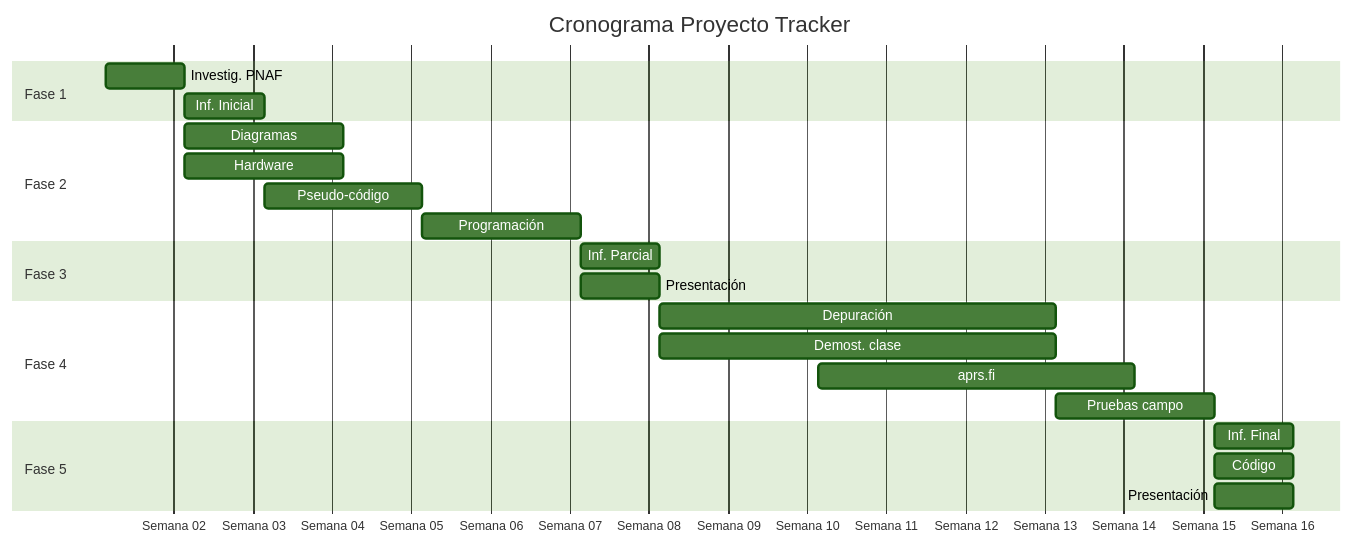
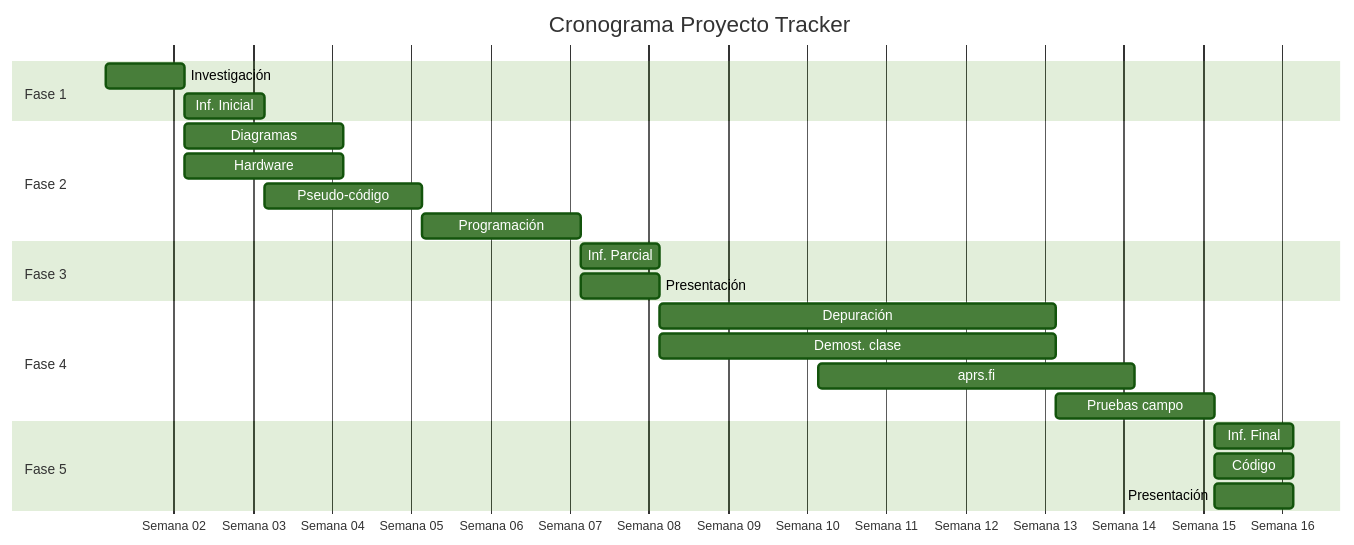
The diagram in docs/investigación/diagrama-gantt.md (SnowRainicorn/Taller-Integrador), drawn with Mermaid (forest theme) before and after one commit.

````diff
--- a/docs/investigación/diagrama-gantt.md
+++ b/docs/investigación/diagrama-gantt.md
@@ -1,31 +1,31 @@
 ```mermaid
 gantt
     title Cronograma Proyecto Tracker
     dateFormat  YYYY-MM-DD
     axisFormat  Semana %W
     
     section Fase 1
-    Investig. PNAF :2024-01-08, 7d
+    Investigación :2024-01-08, 7d
     Inf. Inicial :2024-01-15, 7d
     
     section Fase 2
     Diagramas :2024-01-15, 14d
     Hardware :2024-01-15, 14d
     Pseudo-código :2024-01-22, 14d
     Programación :2024-02-05, 14d
     
     section Fase 3
     Inf. Parcial :2024-02-19, 7d
     Presentación :2024-02-19, 7d
     
     section Fase 4
     Depuración :2024-02-26, 35d
     Demost. clase :2024-02-26, 35d
     aprs.fi :2024-03-11, 28d
     Pruebas campo :2024-04-01, 14d
     
     section Fase 5
     Inf. Final :2024-04-15, 7d
     Código :2024-04-15, 7d
     Presentación :2024-04-15, 7d
 ```
````
